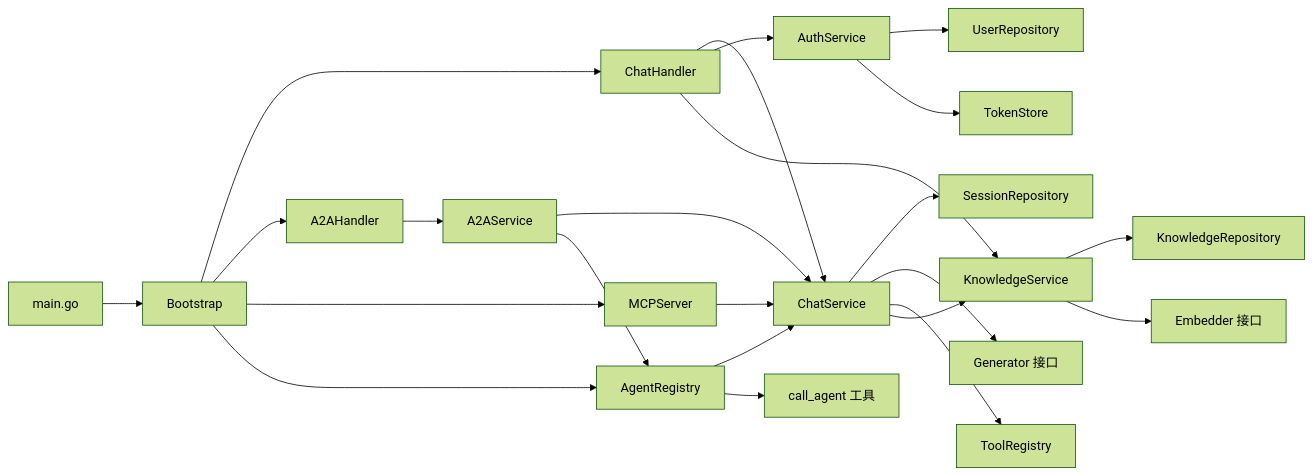
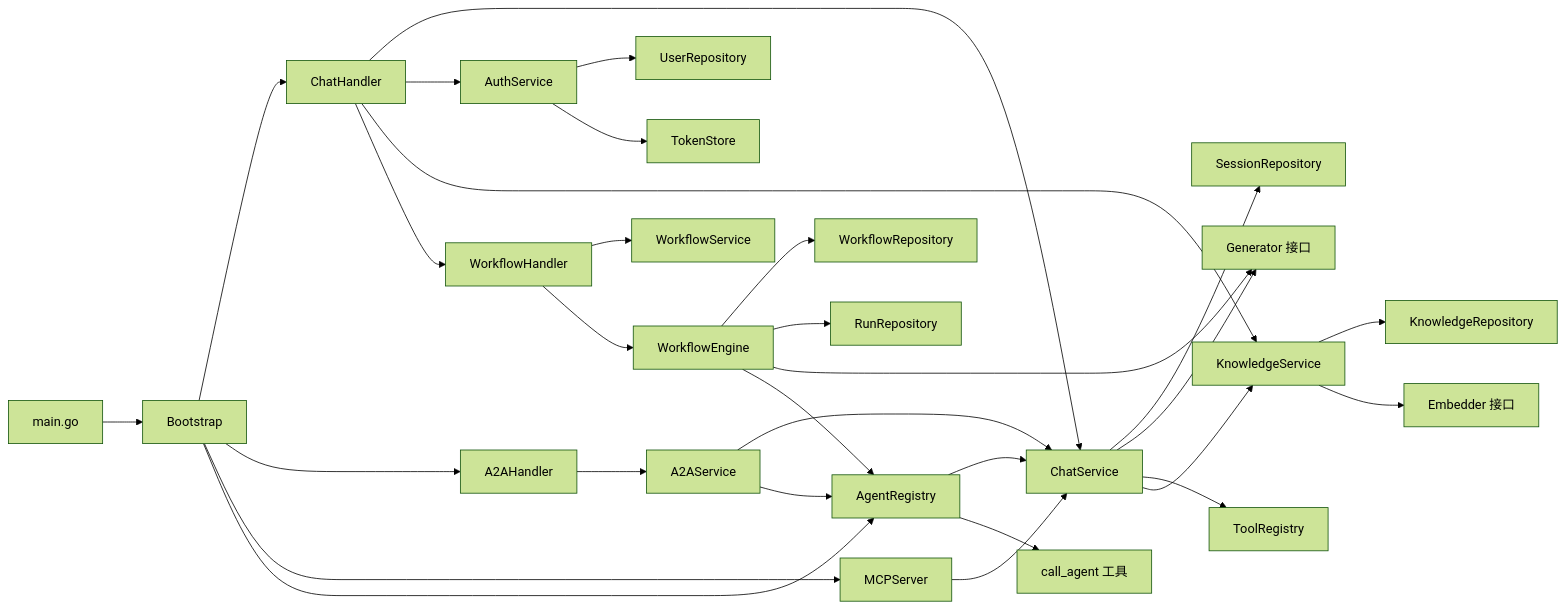
One commit to JayCoding0/ai-tool changed the third of 3 diagrams in docs/architecture.md. Above: the diagram before and after it, drawn with Mermaid (forest theme). The commit also changed other lines of this file and 4 other files, not shown here.

````diff
--- a/docs/architecture.md
+++ b/docs/architecture.md
@@ -172,33 +203,42 @@
 ```mermaid
 graph LR
     main[main.go] --> bootstrap[Bootstrap]
     
     bootstrap --> ChatHandler
     bootstrap --> A2AHandler
     bootstrap --> MCPServer
     bootstrap --> AgentRegistry
     
     ChatHandler --> ChatService
     ChatHandler --> AuthService
     ChatHandler --> KnowledgeService
+    ChatHandler --> WorkflowHandler
+    
+    WorkflowHandler --> WorkflowService
+    WorkflowHandler --> WorkflowEngine
     
     A2AHandler --> A2AService
     A2AService --> ChatService
     A2AService --> AgentRegistry
     
     ChatService --> SessionRepo["SessionRepository"]
     ChatService --> ModelGenerator["Generator 接口"]
     ChatService --> ToolRegistry["ToolRegistry"]
     ChatService --> KnowledgeService
     
     AgentRegistry --> ChatService
     AgentRegistry --> SubAgentTool["call_agent 工具"]
     
     KnowledgeService --> KnowledgeRepo["KnowledgeRepository"]
     KnowledgeService --> Embedder["Embedder 接口"]
     
     AuthService --> UserRepo["UserRepository"]
     AuthService --> TokenStore["TokenStore"]
     
+    WorkflowEngine --> WorkflowRepo["WorkflowRepository"]
+    WorkflowEngine --> RunRepo["RunRepository"]
+    WorkflowEngine --> ModelGenerator
+    WorkflowEngine --> AgentRegistry
+    
     MCPServer --> ChatService
 ```
````
